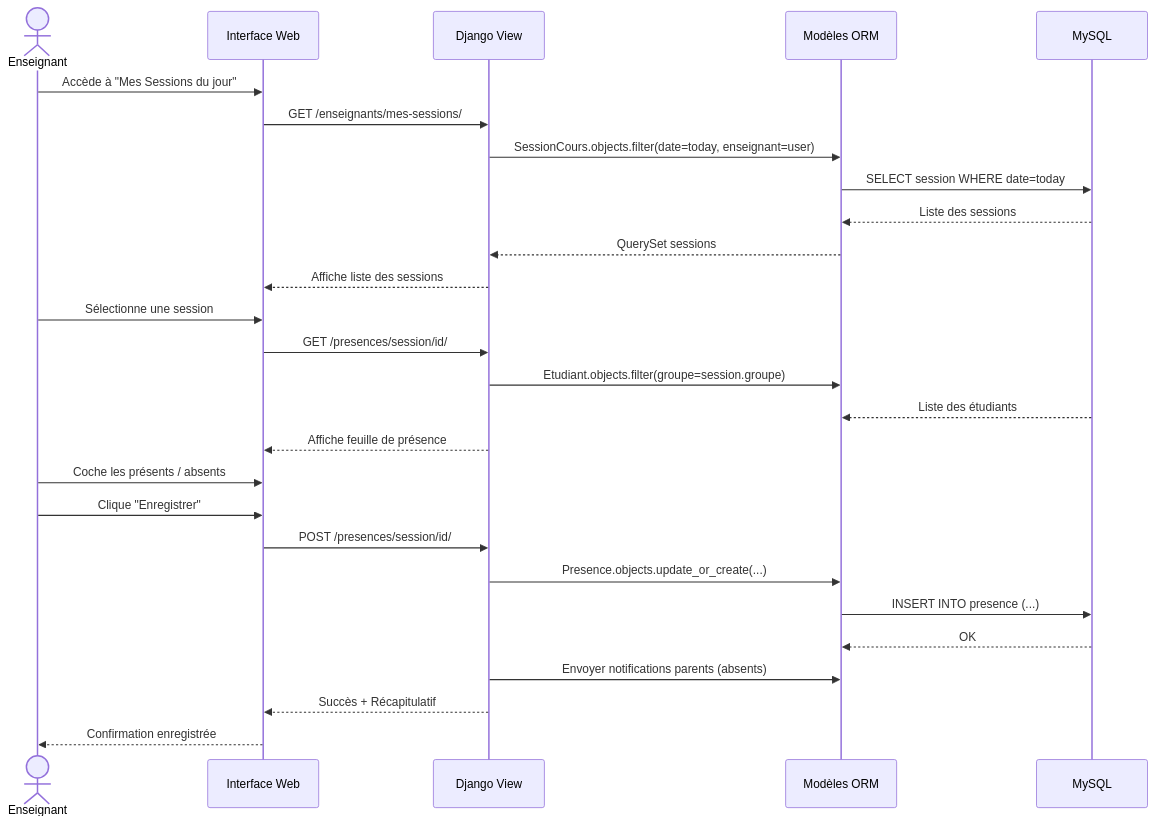
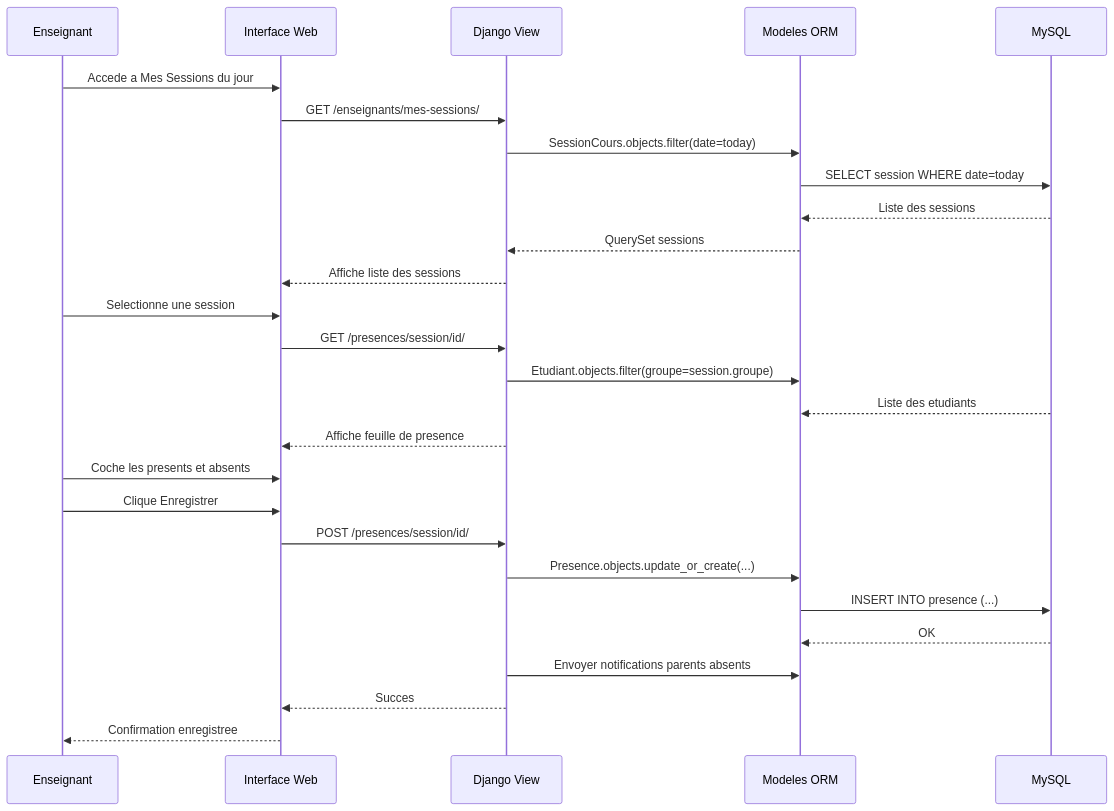
The eighth of 12 diagrams in README.md (abdeladimdemnati3-hash/project_de_presance-d-etudiant), drawn with Mermaid before and after one commit. The commit also changed other lines of this file, not shown here.

First line of the commit message:
fix: Fix Mermaid sequence diagrams for GitHub renderer

````diff
--- a/README.md
+++ b/README.md
@@ -577,32 +577,32 @@
 ```mermaid
 sequenceDiagram
-    actor ENS as Enseignant
+    participant ENS as Enseignant
     participant UI as Interface Web
     participant VIEW as Django View
-    participant MODEL as Modèles ORM
+    participant MODEL as Modeles ORM
     participant DB as MySQL
 
-    ENS->>UI: Accède à "Mes Sessions du jour"
+    ENS->>UI: Accede a Mes Sessions du jour
     UI->>VIEW: GET /enseignants/mes-sessions/
-    VIEW->>MODEL: SessionCours.objects.filter(date=today, enseignant=user)
+    VIEW->>MODEL: SessionCours.objects.filter(date=today)
     MODEL->>DB: SELECT session WHERE date=today
     DB-->>MODEL: Liste des sessions
     MODEL-->>VIEW: QuerySet sessions
     VIEW-->>UI: Affiche liste des sessions
 
-    ENS->>UI: Sélectionne une session
+    ENS->>UI: Selectionne une session
     UI->>VIEW: GET /presences/session/id/
     VIEW->>MODEL: Etudiant.objects.filter(groupe=session.groupe)
-    DB-->>MODEL: Liste des étudiants
-    VIEW-->>UI: Affiche feuille de présence
+    DB-->>MODEL: Liste des etudiants
+    VIEW-->>UI: Affiche feuille de presence
 
-    ENS->>UI: Coche les présents / absents
-    ENS->>UI: Clique "Enregistrer"
+    ENS->>UI: Coche les presents et absents
+    ENS->>UI: Clique Enregistrer
     UI->>VIEW: POST /presences/session/id/
     VIEW->>MODEL: Presence.objects.update_or_create(...)
     MODEL->>DB: INSERT INTO presence (...)
     DB-->>MODEL: OK
-    VIEW->>MODEL: Envoyer notifications parents (absents)
-    VIEW-->>UI: Succès + Récapitulatif
-    UI-->>ENS: Confirmation enregistrée
+    VIEW->>MODEL: Envoyer notifications parents absents
+    VIEW-->>UI: Succes
+    UI-->>ENS: Confirmation enregistree
 ```
````
